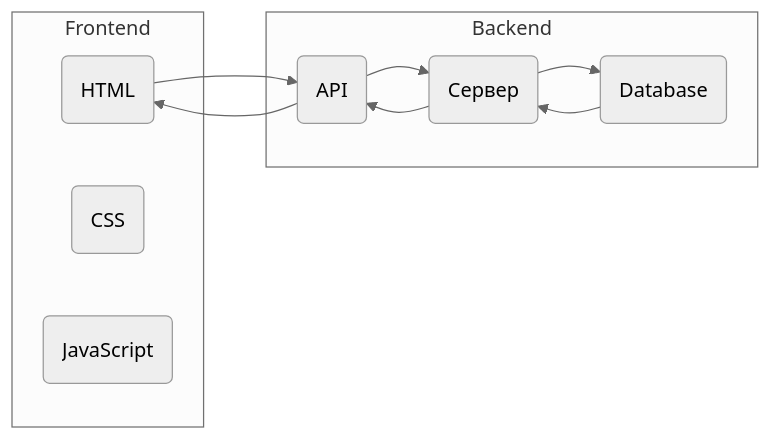
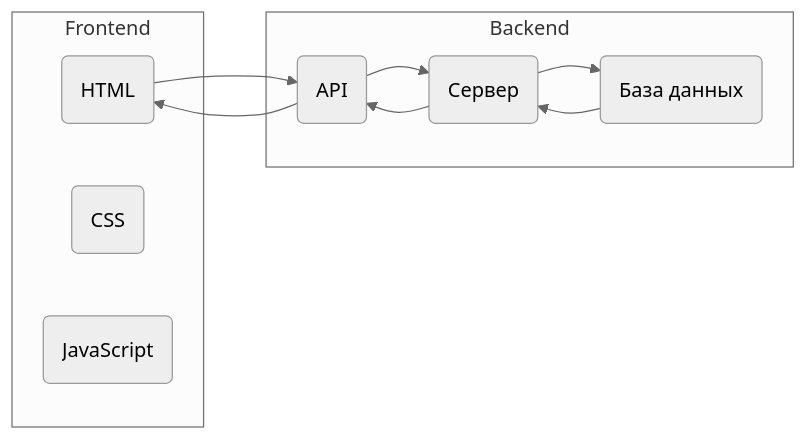
One commit to Daria5574/ISR_lab1 changed the diagram in independentTask.md. Above: the diagram before and after it, drawn with Mermaid (neutral theme). The commit also changed other lines of this file, not shown here.

````diff
--- a/independentTask.md
+++ b/independentTask.md
@@ -7,19 +9,19 @@
 ```mermaid
 graph LR
     subgraph Frontend
         A(HTML)
         B(CSS)
         C(JavaScript)
     end
     subgraph Backend
         D(Сервер)
         E(API)
-        F(Database)
+        F(База данных)
     end
     A --> E
     E --> D
     D --> F
     F --> D
     D --> E
     E --> A
 ```
````
